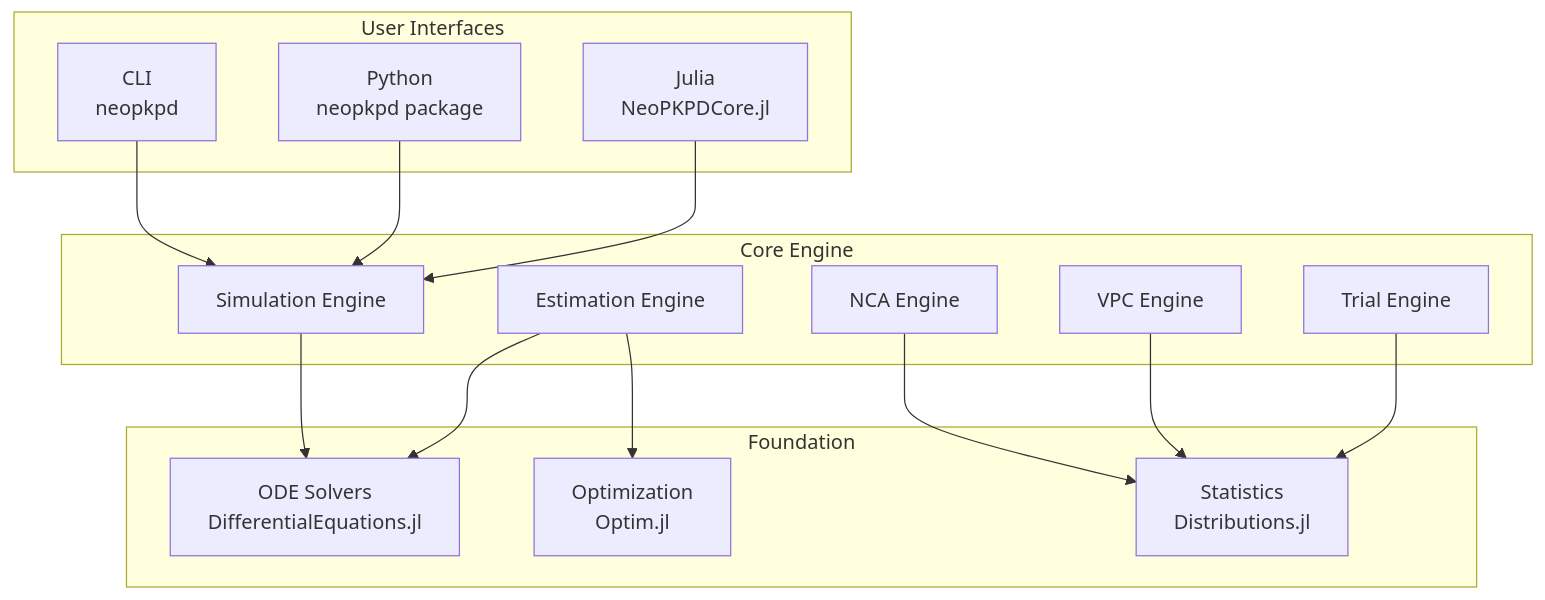
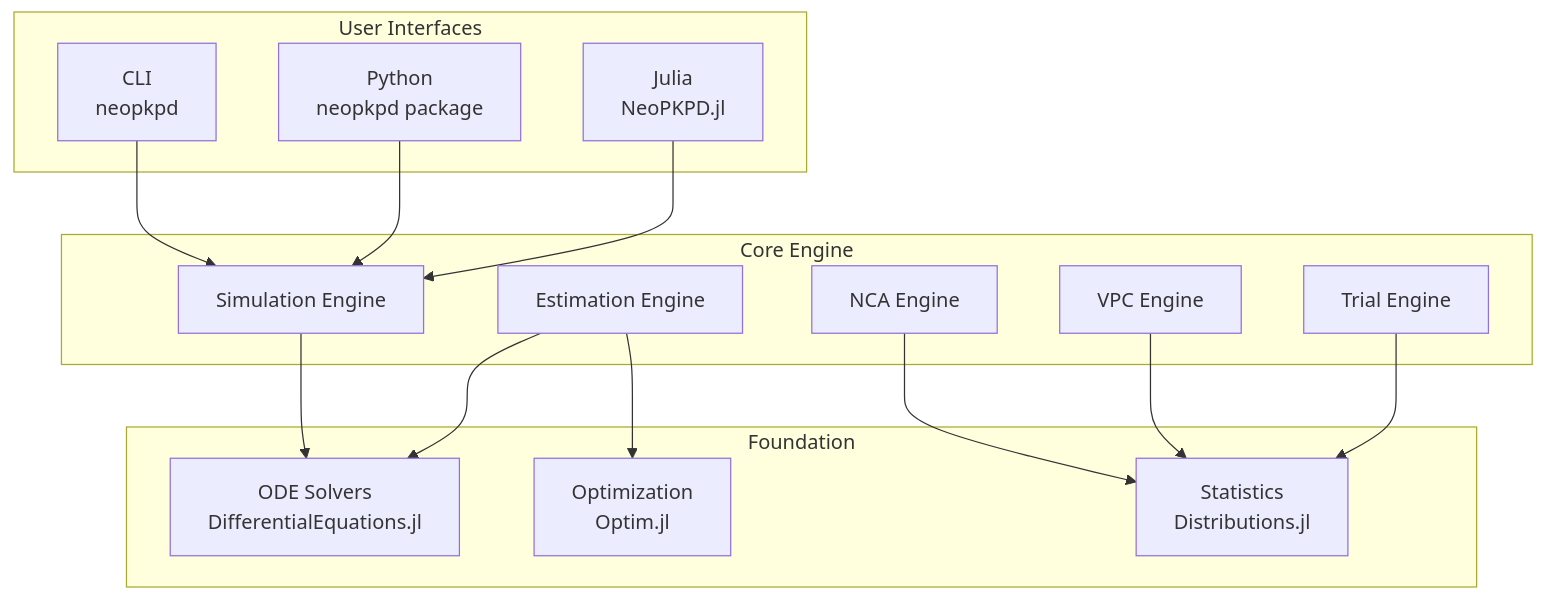
The first of 4 diagrams in docs/intro/architecture.md (shramish2057/NeoPKPD), drawn with Mermaid before and after one commit. The commit also changed other lines of this file and 206 other files, not shown here.

Commit message:
feat: rename package NeoPKPDCore to NeoPKPD and update documentation

````diff
--- a/docs/intro/architecture.md
+++ b/docs/intro/architecture.md
@@ -9,33 +9,33 @@
 ```mermaid
 graph TB
     subgraph "User Interfaces"
         CLI[CLI<br/>neopkpd]
         PY[Python<br/>neopkpd package]
-        JL[Julia<br/>NeoPKPDCore.jl]
+        JL[Julia<br/>NeoPKPD.jl]
     end
 
     subgraph "Core Engine"
         SIM[Simulation Engine]
         EST[Estimation Engine]
         NCA[NCA Engine]
         VPC[VPC Engine]
         TRIAL[Trial Engine]
     end
 
     subgraph "Foundation"
         ODE[ODE Solvers<br/>DifferentialEquations.jl]
         STAT[Statistics<br/>Distributions.jl]
         OPT[Optimization<br/>Optim.jl]
     end
 
     CLI --> SIM
     PY --> SIM
     JL --> SIM
 
     SIM --> ODE
     EST --> ODE
     EST --> OPT
     NCA --> STAT
     VPC --> STAT
     TRIAL --> STAT
 ```
````
